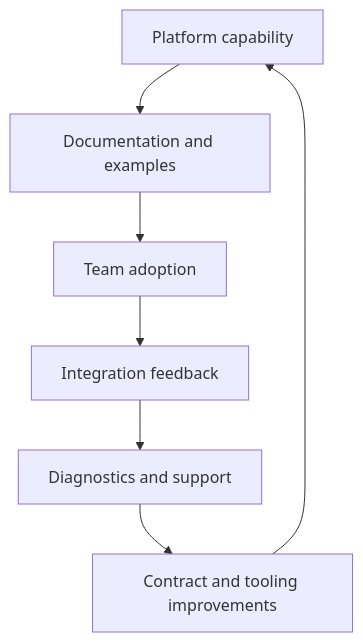
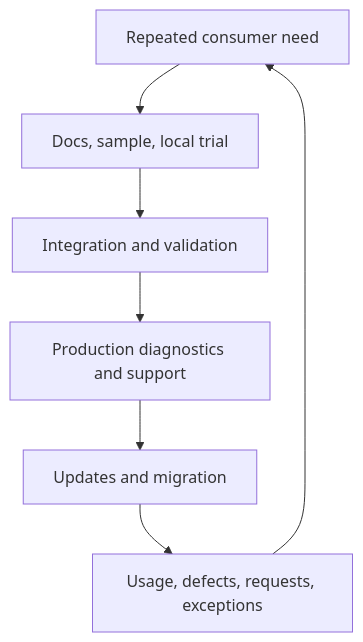
One commit to melancholygaze13/preparation-kit changed the diagram in docs/architecture/plugin-platform-and-sdk-architecture/adoption-governance-and-developer-experience/theory.md. Above: the diagram before and after it, drawn with Mermaid. The commit also changed other lines of this file and 171 other files, not shown here.

Commit message:
docs: strengthen architecture and Swift interview preparation

````diff
--- a/docs/architecture/plugin-platform-and-sdk-architecture/adoption-governance-and-developer-experience/theory.md
+++ b/docs/architecture/plugin-platform-and-sdk-architecture/adoption-governance-and-developer-experience/theory.md
@@ -31,9 +35,9 @@
 ```mermaid
 flowchart TD
-    A["Platform capability"] --> B["Documentation and examples"]
-    B --> C["Team adoption"]
-    C --> D["Integration feedback"]
-    D --> E["Diagnostics and support"]
-    E --> F["Contract and tooling improvements"]
-    F --> A
+    Need["Repeated consumer need"] --> Trial["Docs, sample, local trial"]
+    Trial --> Integrate["Integration and validation"]
+    Integrate --> Operate["Production diagnostics and support"]
+    Operate --> Migrate["Updates and migration"]
+    Migrate --> Feedback["Usage, defects, requests, exceptions"]
+    Feedback --> Need
 ```
````
